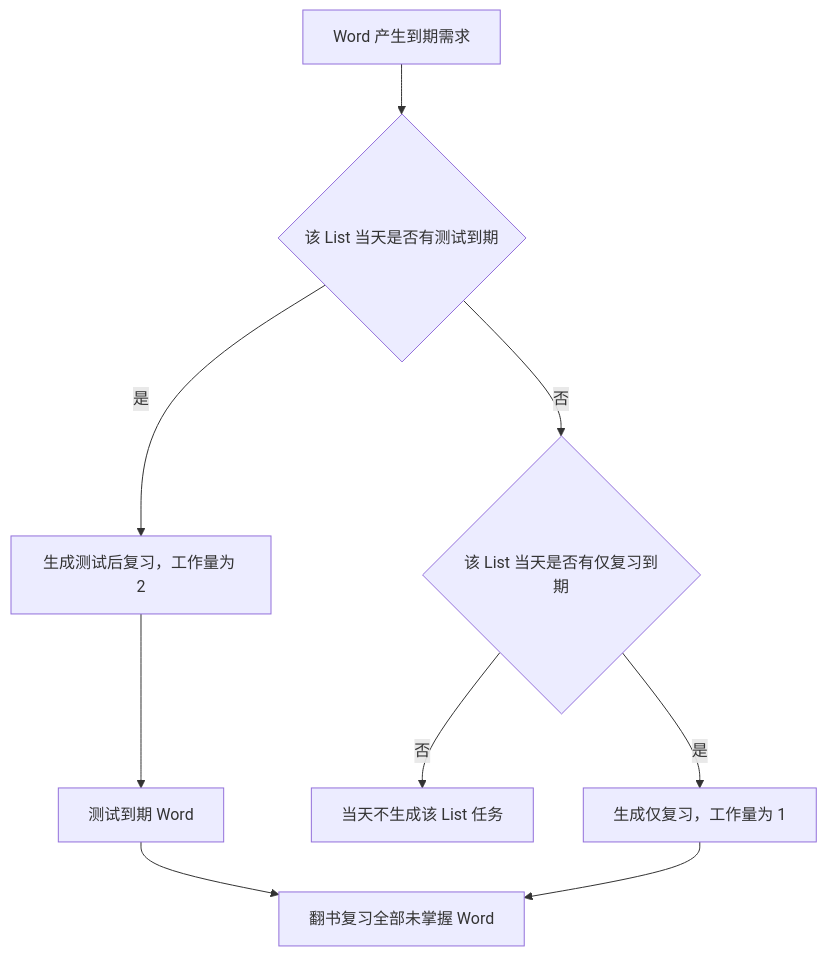
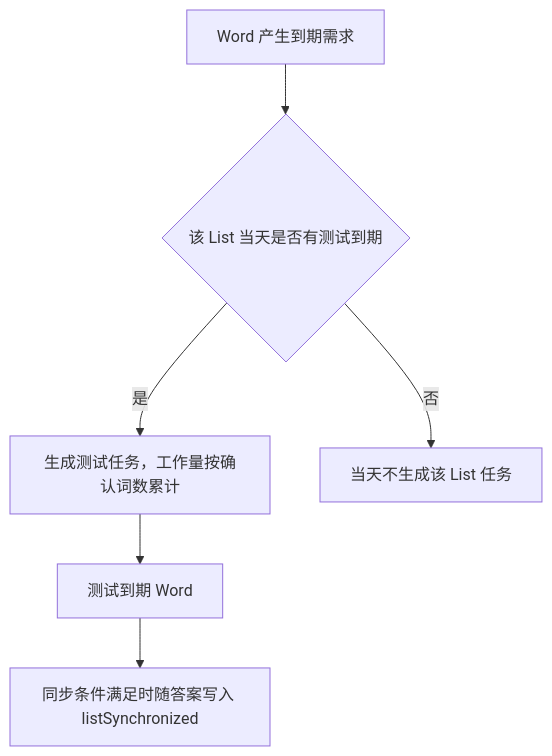
Before and after one commit to EdgarZhong/ebbinghaus-vocab: the diagram in docs/复习调度算法.md, drawn with Mermaid. The commit also changed other lines of this file and 4 other files, not shown here.

````diff
--- a/docs/复习调度算法.md
+++ b/docs/复习调度算法.md
@@ -216,11 +215,8 @@
 ```mermaid
 flowchart TD
     A["Word 产生到期需求"] --> B{"该 List 当天是否有测试到期"}
-    B -->|"是"| C["生成测试后复习，工作量为 2"]
-    B -->|"否"| D{"该 List 当天是否有仅复习到期"}
-    D -->|"是"| E["生成仅复习，工作量为 1"]
-    D -->|"否"| F["当天不生成该 List 任务"]
+    B -->|"是"| C["生成测试任务，工作量按确认词数累计"]
+    B -->|"否"| F["当天不生成该 List 任务"]
     C --> G["测试到期 Word"]
-    G --> H["翻书复习全部未掌握 Word"]
-    E --> H
+    G --> H["同步条件满足时随答案写入 listSynchronized"]
 ```
````
